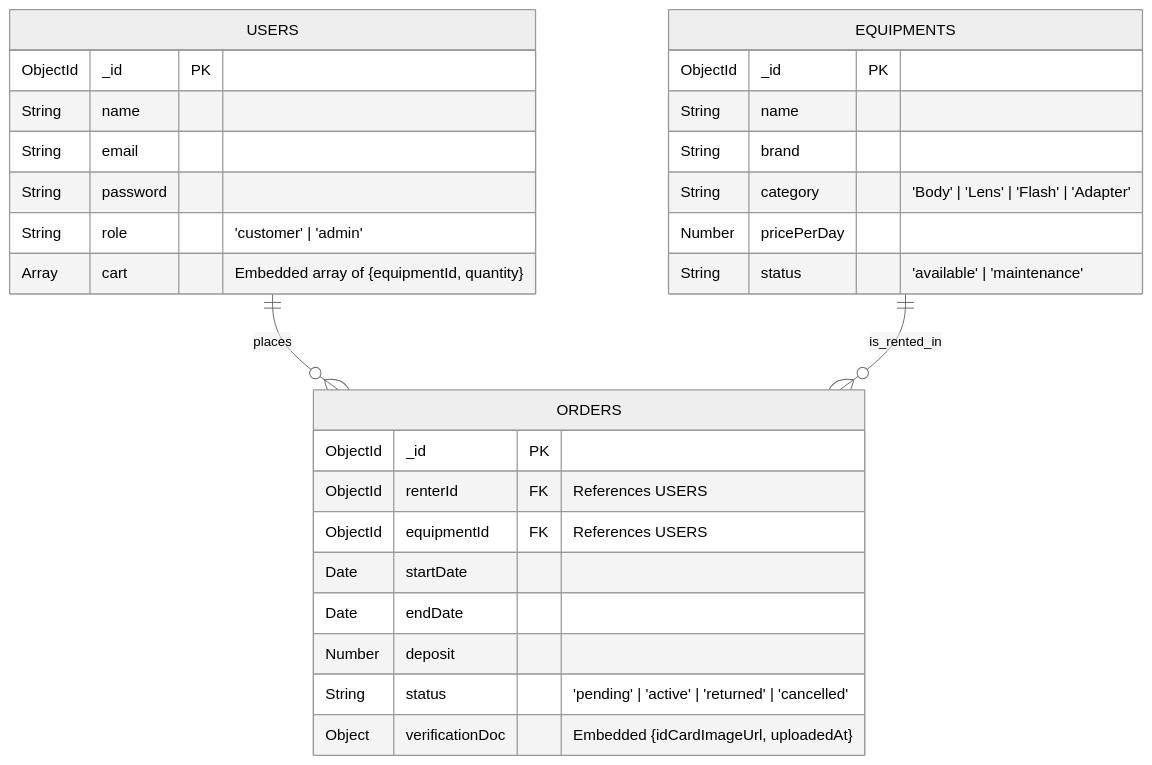
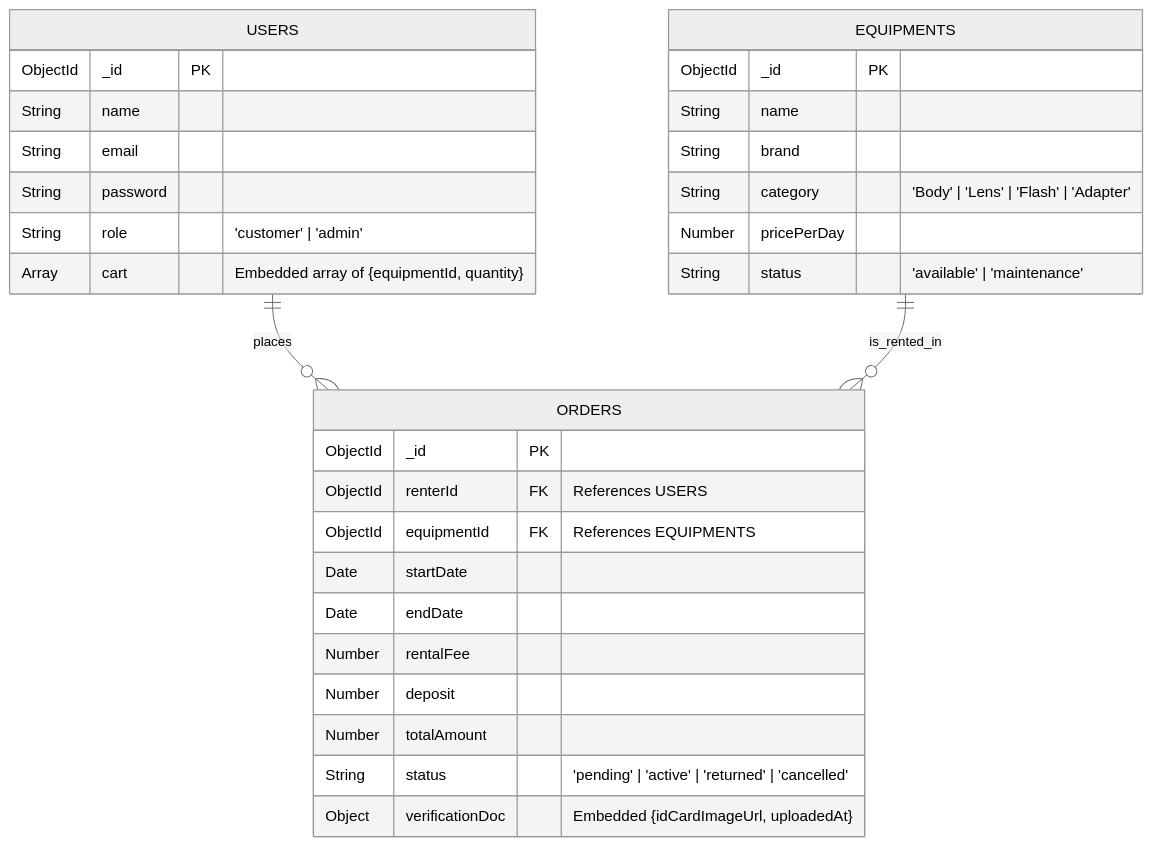
One commit to DoctorDear/JSD13-week02 changed the first of 2 diagrams in README.md. Above: the diagram before and after it, drawn with Mermaid (neutral theme). The commit also changed 2 other files, not shown here.

Commit message:
feat: add rentalFee and totalAmount fields to orders schema and mock data

````diff
--- a/README.md
+++ b/README.md
@@ -52,32 +52,34 @@
 ```mermaid
 erDiagram
     USERS ||--o{ ORDERS : "places"
     EQUIPMENTS ||--o{ ORDERS : "is_rented_in"
 
     USERS {
         ObjectId _id PK
         String name
         String email
         String password
         String role "'customer' | 'admin'"
         Array cart "Embedded array of {equipmentId, quantity}"
     }
     EQUIPMENTS {
         ObjectId _id PK
         String name
         String brand
         String category "'Body' | 'Lens' | 'Flash' | 'Adapter'"
         Number pricePerDay
         String status "'available' | 'maintenance'"
     }
     ORDERS {
         ObjectId _id PK
         ObjectId renterId FK "References USERS"
-        ObjectId equipmentId FK "References USERS"
+        ObjectId equipmentId FK "References EQUIPMENTS"
         Date startDate
         Date endDate
+        Number rentalFee
         Number deposit
+        Number totalAmount
         String status "'pending' | 'active' | 'returned' | 'cancelled'"
         Object verificationDoc "Embedded {idCardImageUrl, uploadedAt}"
     }
 ```
````
